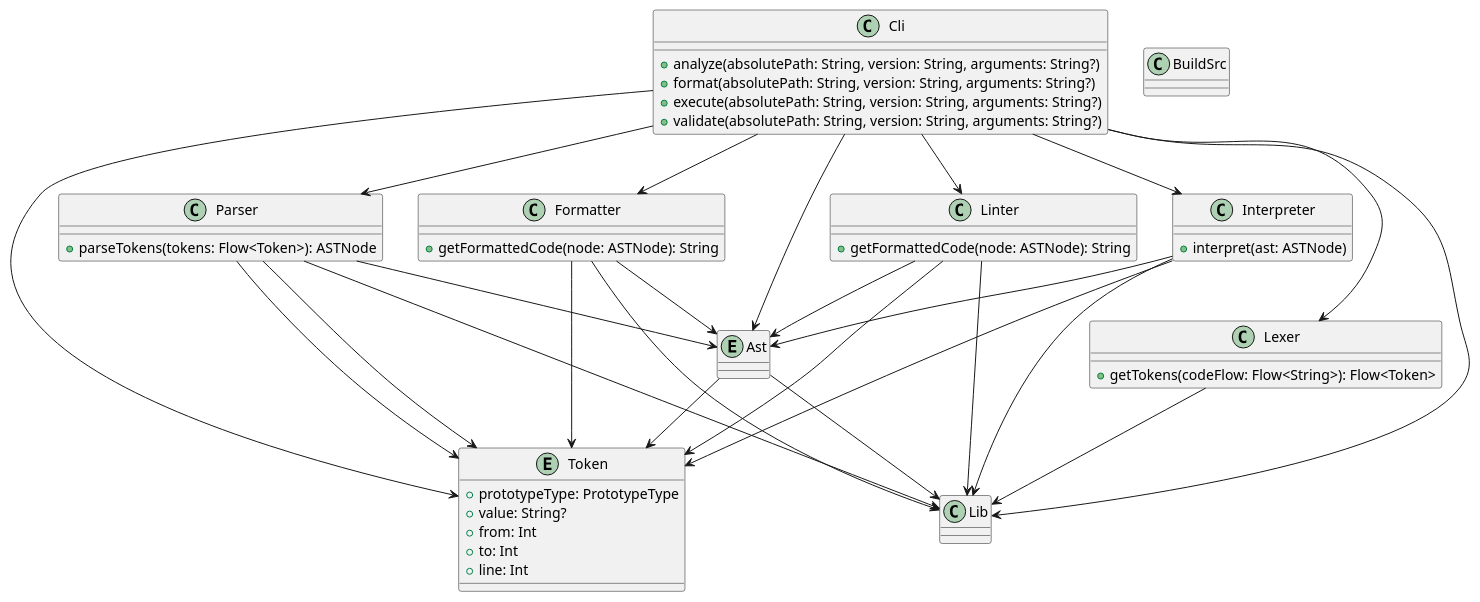
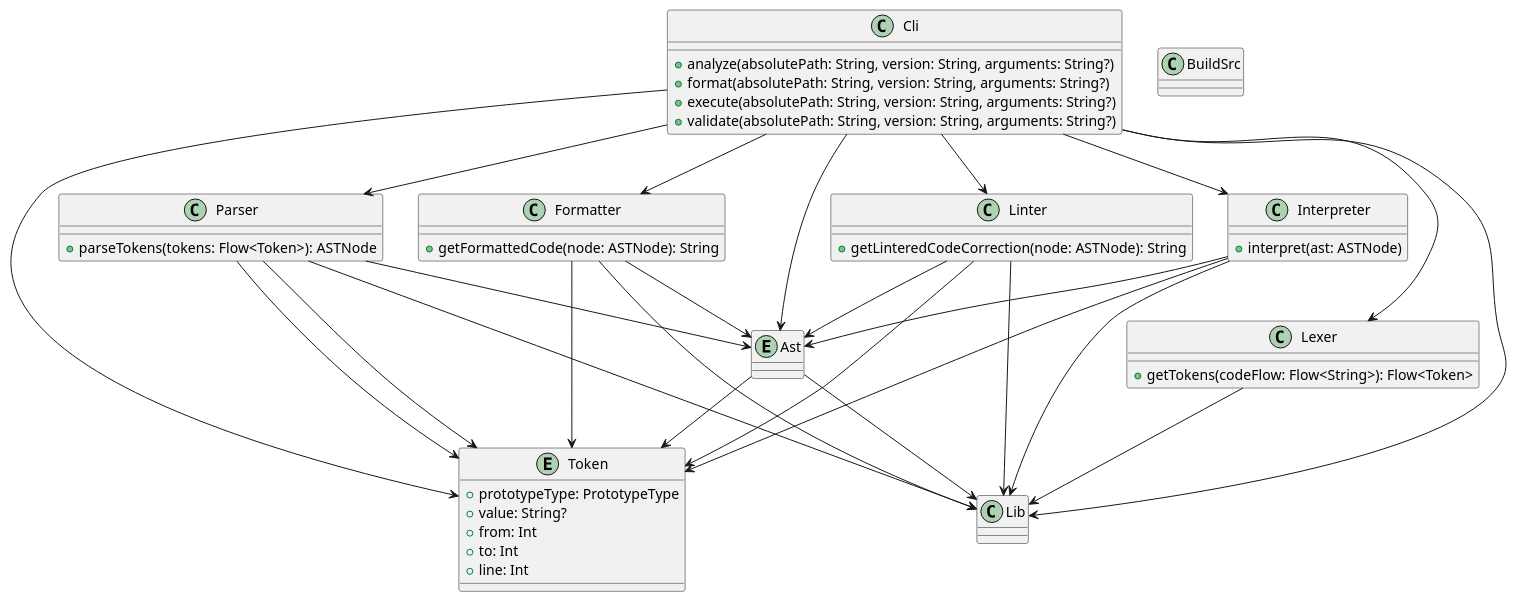
The diagram in printscript.puml (Nachoferra1894/printscript), drawn with PlantUML before and after one commit.

Commit message:
updated linter puml

```diff
--- a/printscript.puml
+++ b/printscript.puml
@@ -1,74 +1,74 @@
 @startuml
 entity Token {
     + prototypeType: PrototypeType
     + value: String?
     + from: Int
     + to: Int
     + line: Int
 }
 entity Ast {}
 
 Ast --> Lib
 Ast --> Token
 
 class Parser {
     + parseTokens(tokens: Flow<Token>): ASTNode
 }
 
 Parser --> Lib
 Parser --> Ast
 Parser --> Token
 
 class Lexer {
     + getTokens(codeFlow: Flow<String>): Flow<Token>
 }
 
 Lexer --> Lib
 Parser --> Token
 
 class Interpreter {
     + interpret(ast: ASTNode)
 }
 
 Interpreter --> Lib
 Interpreter --> Ast
 Interpreter --> Token
 
 class Formatter {
     + getFormattedCode(node: ASTNode): String
 }
 
 Formatter --> Lib
 Formatter --> Ast
 Formatter --> Token
 
 class Cli {
     + analyze(absolutePath: String, version: String, arguments: String?)
     + format(absolutePath: String, version: String, arguments: String?)
     + execute(absolutePath: String, version: String, arguments: String?)
     + validate(absolutePath: String, version: String, arguments: String?)
 }
 
 Cli --> Lib
 Cli --> Ast
 Cli --> Token
 Cli --> Parser
 Cli --> Lexer
 Cli --> Interpreter
 Cli --> Formatter
 Cli --> Linter
 
 class BuildSrc {
 }
 
 class Linter {
-    + getFormattedCode(node: ASTNode): String
+    +  getLinteredCodeCorrection(node: ASTNode): String
 }
 
 Linter --> Lib
 Linter --> Ast
 Linter --> Token
 
 
 
 @enduml
```
